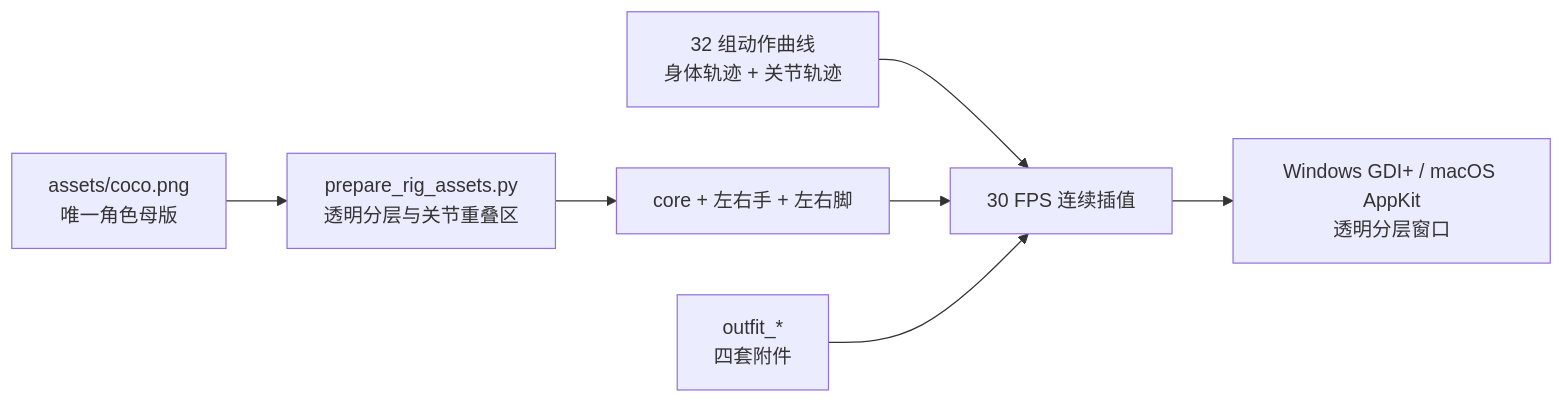
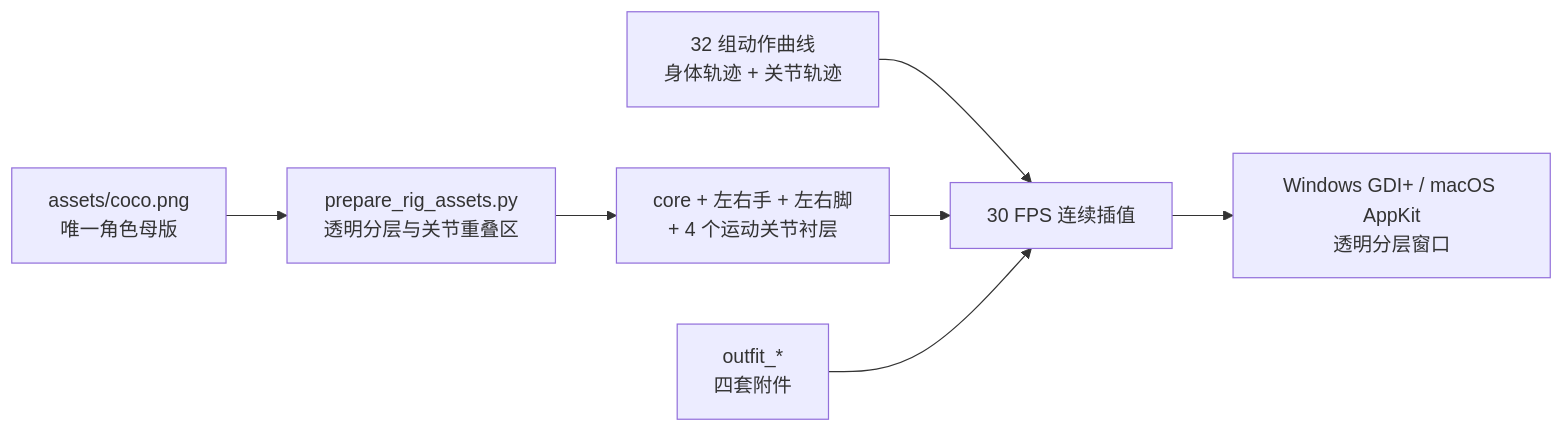
One commit to ForceMind/PetDesktop changed the diagram in docs/ARCHITECTURE.md. Above: the diagram before and after it, drawn with Mermaid. The commit also changed other lines of this file and 19 other files, not shown here.

````diff
--- a/docs/ARCHITECTURE.md
+++ b/docs/ARCHITECTURE.md
@@ -12,9 +12,9 @@
 ```mermaid
 flowchart LR
     A["assets/coco.png\n唯一角色母版"] --> B["prepare_rig_assets.py\n透明分层与关节重叠区"]
-    B --> C["core + 左右手 + 左右脚"]
+    B --> C["core + 左右手 + 左右脚\n+ 4 个运动关节衬层"]
     D["32 组动作曲线\n身体轨迹 + 关节轨迹"] --> E["30 FPS 连续插值"]
     C --> E
     F["outfit_*\n四套附件"] --> E
     E --> G["Windows GDI+ / macOS AppKit\n透明分层窗口"]
 ```
````
